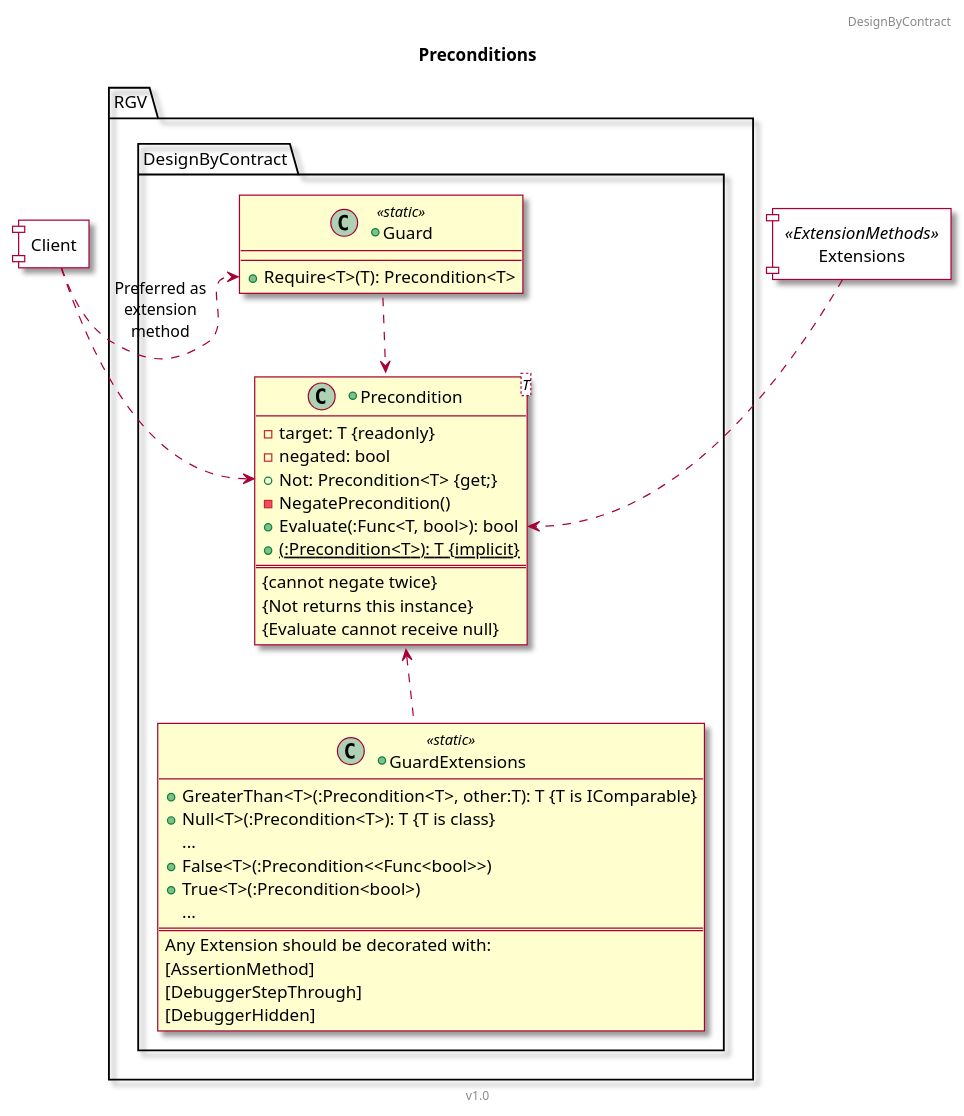
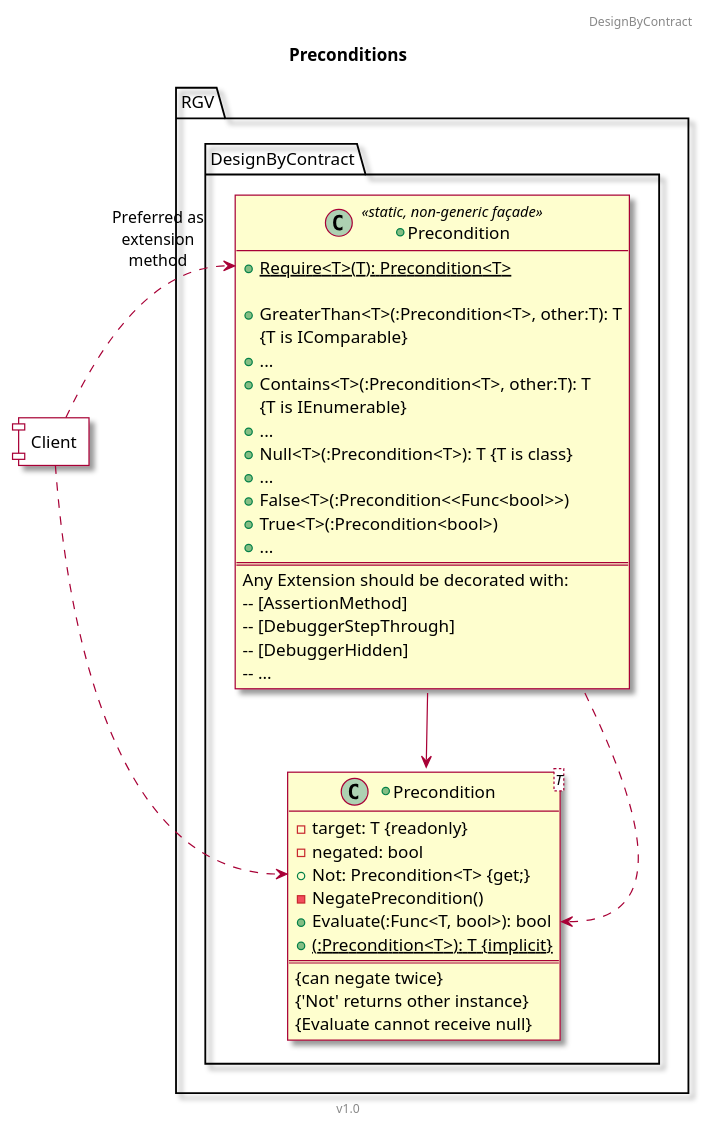
One commit to RicardoGuzmanVelasco/RGV changed the diagram in Assets/RGV.DesignByContract/Documentation~/Class.puml. Above: the diagram before and after it, drawn with PlantUML. The commit also changed 1 other file, not shown here.

Commit message:
docs(designbycontract): update class diagram

```diff
--- a/Assets/RGV.DesignByContract/Documentation~/Class.puml
+++ b/Assets/RGV.DesignByContract/Documentation~/Class.puml
@@ -1,57 +1,58 @@
 @startuml
 '''''''''''''
 skin rose
 allowmixing
 skinparam componentstyle uml1
 '''''''''''''
 title Preconditions
 header DesignByContract
 footer v1.0
 
 component Client #white
-component Extensions <<ExtensionMethods>> #white{
-}
 
 package RGV.DesignByContract{
-+class Guard <<static>>{
-    +Require<T>(T): Precondition<T>
++class "Precondition" as Guard <<static, non-generic façade>>{
+    +{static}Require<T>(T): Precondition<T>
+    
+    +GreaterThan<T>(:Precondition<T>, other:T): T
+        {T is IComparable}
+    +{method}...
+    +Contains<T>(:Precondition<T>, other:T): T
+        {T is IEnumerable}
+    +{method}...
+    +Null<T>(:Precondition<T>): T {T is class}
+    +{method}...
+    +False<T>(:Precondition<<Func<bool>>)
+    +True<T>(:Precondition<bool>)
+    +{method}...
+    ==
+    Any Extension should be decorated with:
+        -- [AssertionMethod]
+        -- [DebuggerStepThrough]
+        -- [DebuggerHidden]
+        -- ...
 }
 
 +class Precondition<T>{
     -target: T {readonly}
     -negated: bool
     +Not: Precondition<T> {get;}
     -NegatePrecondition()
     +Evaluate(:Func<T, bool>): bool
     +{static}(:Precondition<T>): T {implicit}
     ==
-    {cannot negate twice}
-    {Not returns this instance}
+    {can negate twice}
+    {'Not' returns other instance}
     {Evaluate cannot receive null}
-}
-+class GuardExtensions <<static>>{
-    +GreaterThan<T>(:Precondition<T>, other:T): T {T is IComparable}
-    +Null<T>(:Precondition<T>): T {T is class}
-    {method}...
-    +False<T>(:Precondition<<Func<bool>>)
-    +True<T>(:Precondition<bool>)
-    {method}...
-    ==
-    Any Extension should be decorated with:
-    [AssertionMethod]
-    [DebuggerStepThrough]
-    [DebuggerHidden]
 }
 }
 '''''''''''''
 
-Guard ..> Precondition
-GuardExtensions .u.> Precondition
+Guard --> Precondition
+Guard ..> Precondition::Evaluate
 Client .r.> Guard::Require : Preferred as\nextension\nmethod
 Client ..> Precondition::Not
-
-Extensions ..> Precondition::Evaluate
 
 '''''''''''''
 
 @enduml
```
